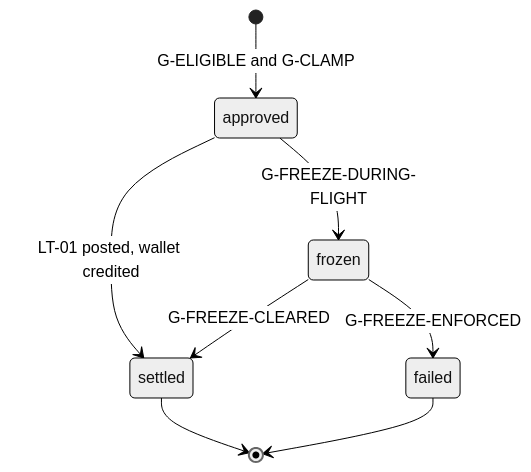
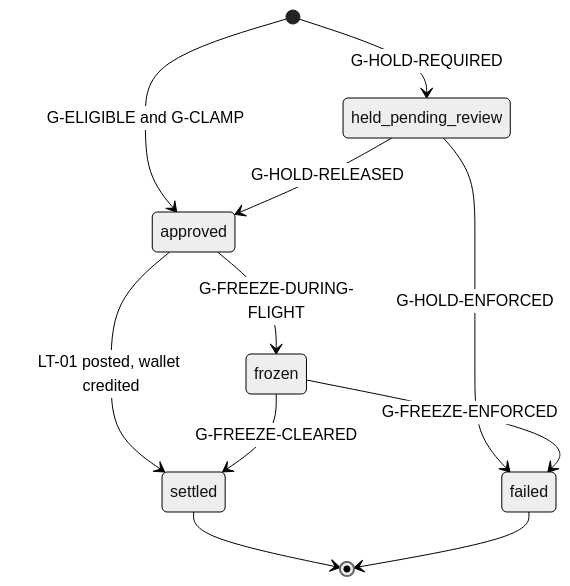
One commit to lam2-coder/meritfutures changed the second of 11 diagrams in docs/architecture/STATE_MACHINES.md. Above: the diagram before and after it, drawn with Mermaid (neutral theme). The commit also changed other lines of this file and 4 other files, not shown here.

````diff
--- a/docs/architecture/STATE_MACHINES.md
+++ b/docs/architecture/STATE_MACHINES.md
@@ -76,10 +76,13 @@
 ```mermaid
 stateDiagram-v2
+    [*] --> held_pending_review: G-HOLD-REQUIRED
     [*] --> approved: G-ELIGIBLE and G-CLAMP
+    held_pending_review --> approved: G-HOLD-RELEASED
+    held_pending_review --> failed: G-HOLD-ENFORCED
     approved --> settled: LT-01 posted, wallet credited
     approved --> frozen: G-FREEZE-DURING-FLIGHT
     frozen --> settled: G-FREEZE-CLEARED
     frozen --> failed: G-FREEZE-ENFORCED
     settled --> [*]
     failed --> [*]
 ```
````
